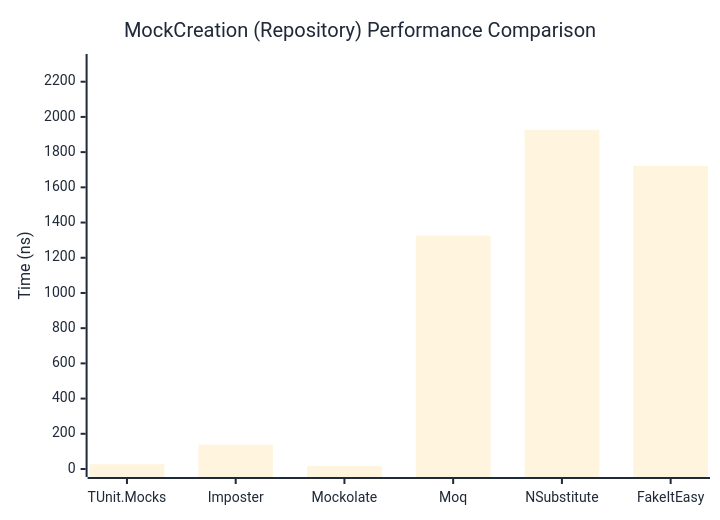
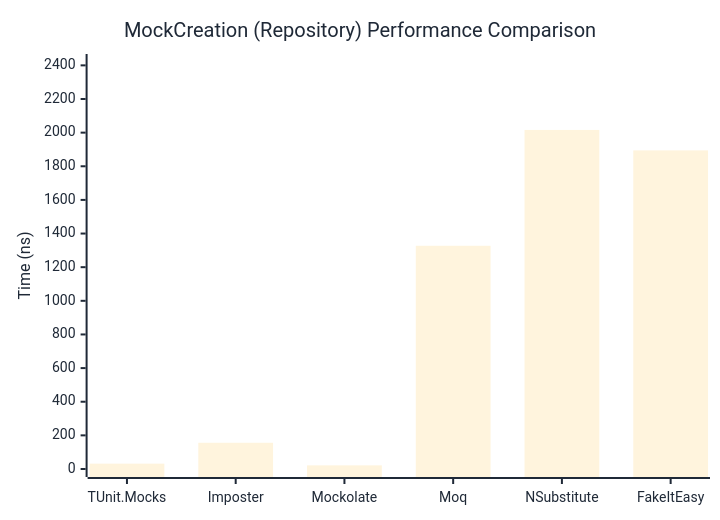
The second of 2 diagrams in docs/docs/benchmarks/mocks/MockCreation.md (thomhurst/TUnit), drawn with Mermaid before and after one commit. The commit also changed other lines of this file and 14 other files, not shown here.

````diff
--- a/docs/docs/benchmarks/mocks/MockCreation.md
+++ b/docs/docs/benchmarks/mocks/MockCreation.md
@@ -71,27 +71,27 @@
 ```mermaid
 %%{init: {
   'theme':'base',
   'themeVariables': {
     'primaryColor': '#2563eb',
     'primaryTextColor': '#1f2937',
     'primaryBorderColor': '#1e40af',
     'lineColor': '#6b7280',
     'secondaryColor': '#7c3aed',
     'tertiaryColor': '#dc2626',
     'background': '#ffffff',
     'pie1': '#2563eb',
     'pie2': '#7c3aed',
     'pie3': '#dc2626',
     'pie4': '#f59e0b',
     'pie5': '#10b981',
     'pie6': '#06b6d4',
     'pie7': '#ec4899',
     'pie8': '#6366f1'
   }
 }}%%
 xychart-beta
   title "MockCreation (Repository) Performance Comparison"
   x-axis ["TUnit.Mocks", "Imposter", "Mockolate", "Moq", "NSubstitute", "FakeItEasy"]
-  y-axis "Time (ns)" 0 --> 2312
-  bar [27.32, 138.39, 16.85, 1326.07, 1926.53, 1721.79]
+  y-axis "Time (ns)" 0 --> 2420
+  bar [31.77, 155.96, 21.57, 1327.29, 2016.05, 1894.49]
 ```
````
